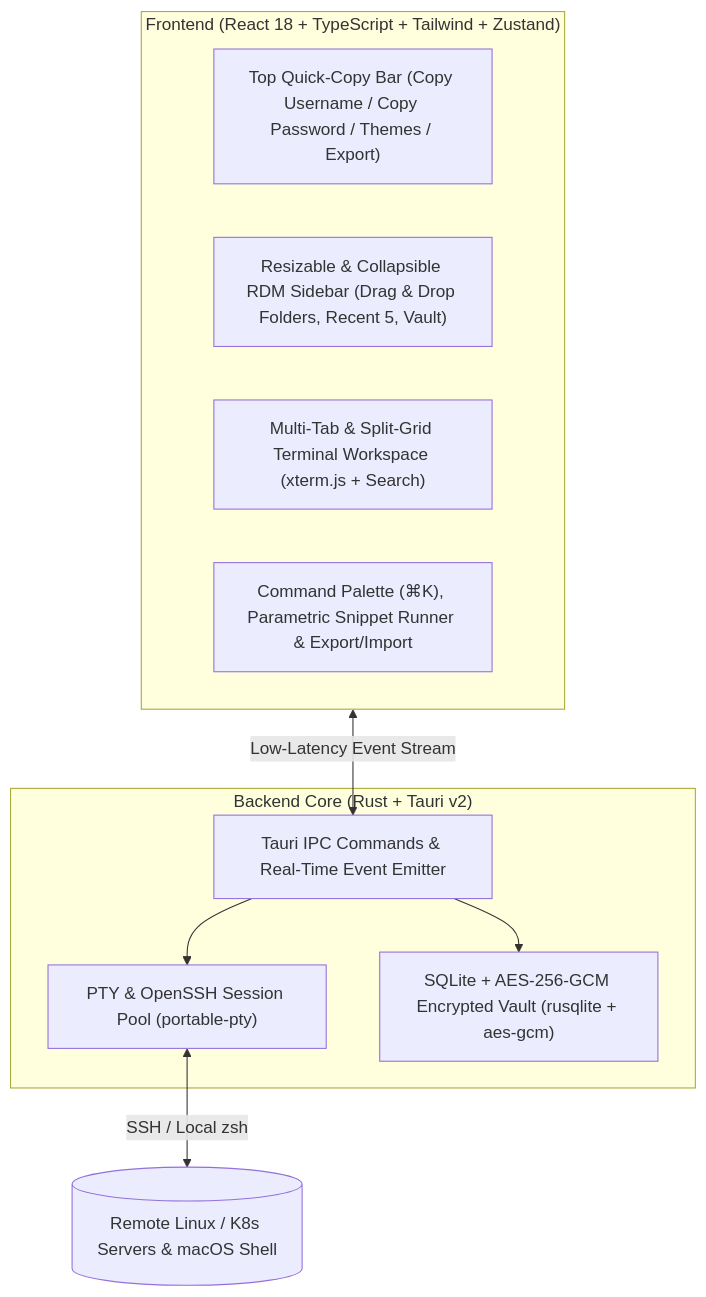
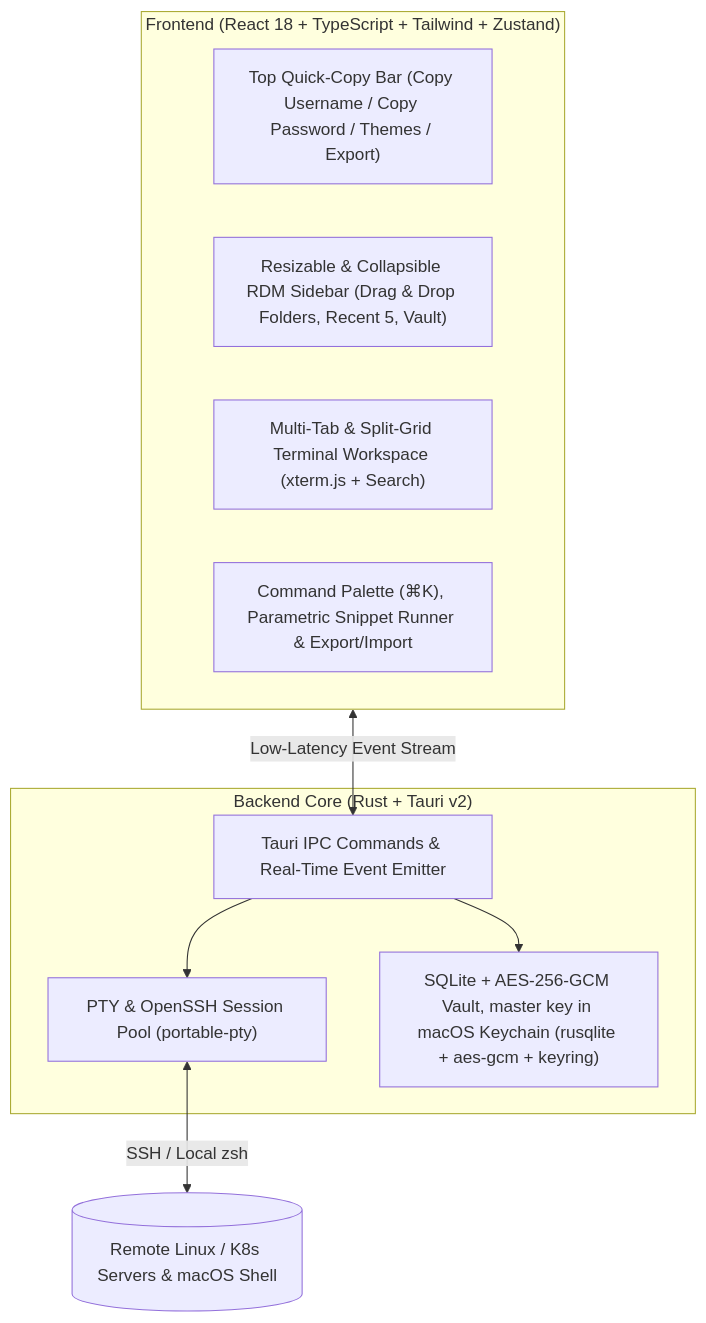
The diagram in README.md (solitonhq/soliton-term), drawn with Mermaid before and after one commit. The commit also changed other lines of this file and 4 other files, not shown here.

````diff
--- a/README.md
+++ b/README.md
@@ -112,20 +108,20 @@
 ```mermaid
 flowchart TD
     subgraph Frontend["Frontend (React 18 + TypeScript + Tailwind + Zustand)"]
         TopBar["Top Quick-Copy Bar (Copy Username / Copy Password / Themes / Export)"]
         Sidebar["Resizable & Collapsible RDM Sidebar (Drag & Drop Folders, Recent 5, Vault)"]
         Workspace["Multi-Tab & Split-Grid Terminal Workspace (xterm.js + Search)"]
         Modals["Command Palette (⌘K), Parametric Snippet Runner & Export/Import"]
     end
 
     subgraph Backend["Backend Core (Rust + Tauri v2)"]
         IPC["Tauri IPC Commands & Real-Time Event Emitter"]
         PTY["PTY & OpenSSH Session Pool (portable-pty)"]
-        Vault["SQLite + AES-256-GCM Encrypted Vault (rusqlite + aes-gcm)"]
+        Vault["SQLite + AES-256-GCM Vault, master key in macOS Keychain (rusqlite + aes-gcm + keyring)"]
     end
 
     Frontend <-->|"Low-Latency Event Stream"| IPC
     IPC --> PTY
     IPC --> Vault
     PTY <-->|"SSH / Local zsh"| Targets[("Remote Linux / K8s Servers & macOS Shell")]
 ```
````
